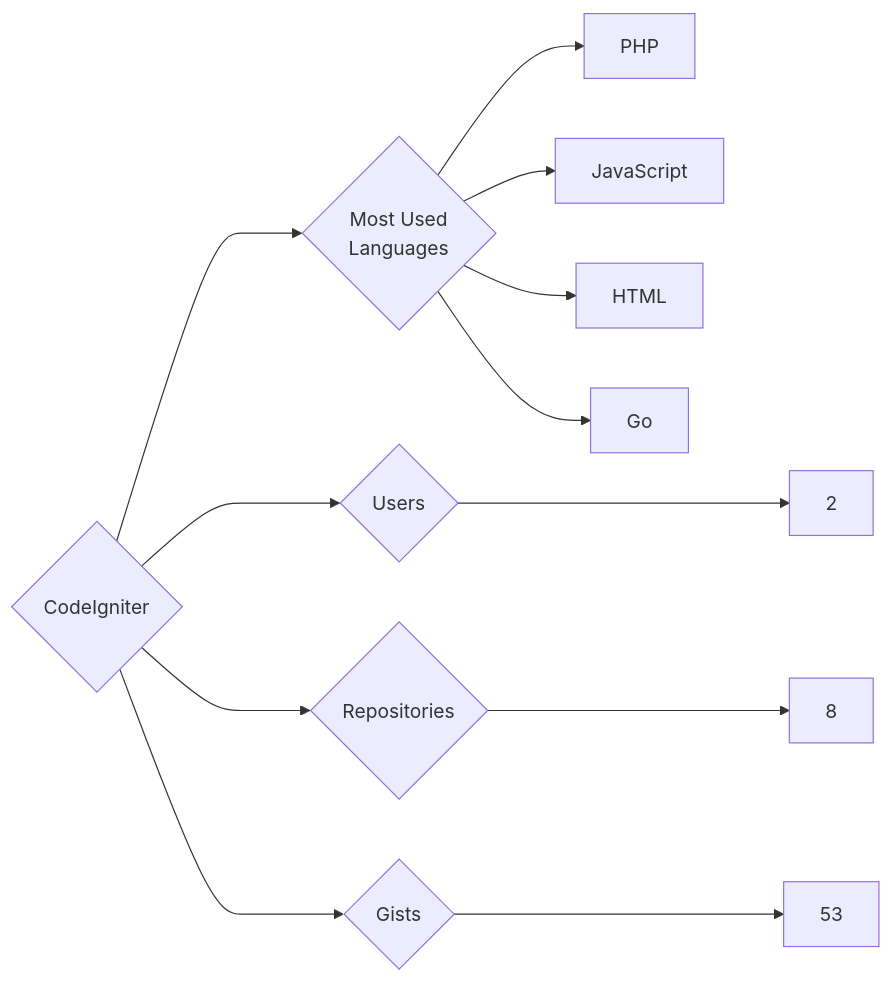
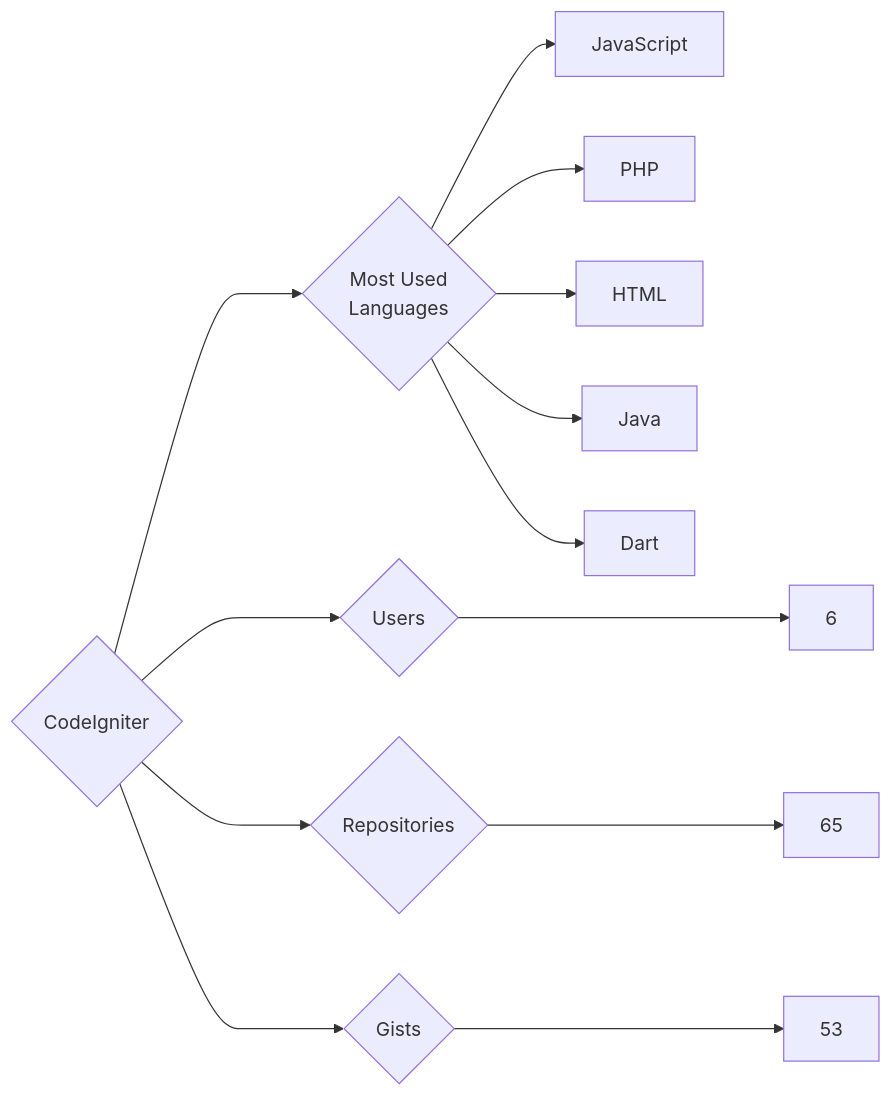
Before and after one commit to trickest/insiders: the diagram in targets/CodeIgniter/README.md, drawn with Mermaid. The commit also changed 559 other files, not shown here.

````diff
--- a/targets/CodeIgniter/README.md
+++ b/targets/CodeIgniter/README.md
@@ -3,12 +3,13 @@
 ```mermaid
 graph LR
 COMPANY_NAME{CodeIgniter}
-COMPANY_NAME ---> U{Users} ---> UN[2]
-COMPANY_NAME ---> R{Repositories} ---> RN[8]
+COMPANY_NAME ---> U{Users} ---> UN[6]
+COMPANY_NAME ---> R{Repositories} ---> RN[65]
 COMPANY_NAME ---> G{Gists} ---> GN[53]
 COMPANY_NAME ---> ML{Most Used<br>Languages}
+ML --> JavaScript[JavaScript]
 ML --> PHP[PHP]
-ML --> JavaScript[JavaScript]
 ML --> HTML[HTML]
-ML --> Go[Go]
+ML --> Java[Java]
+ML --> Dart[Dart]
 ```
````
